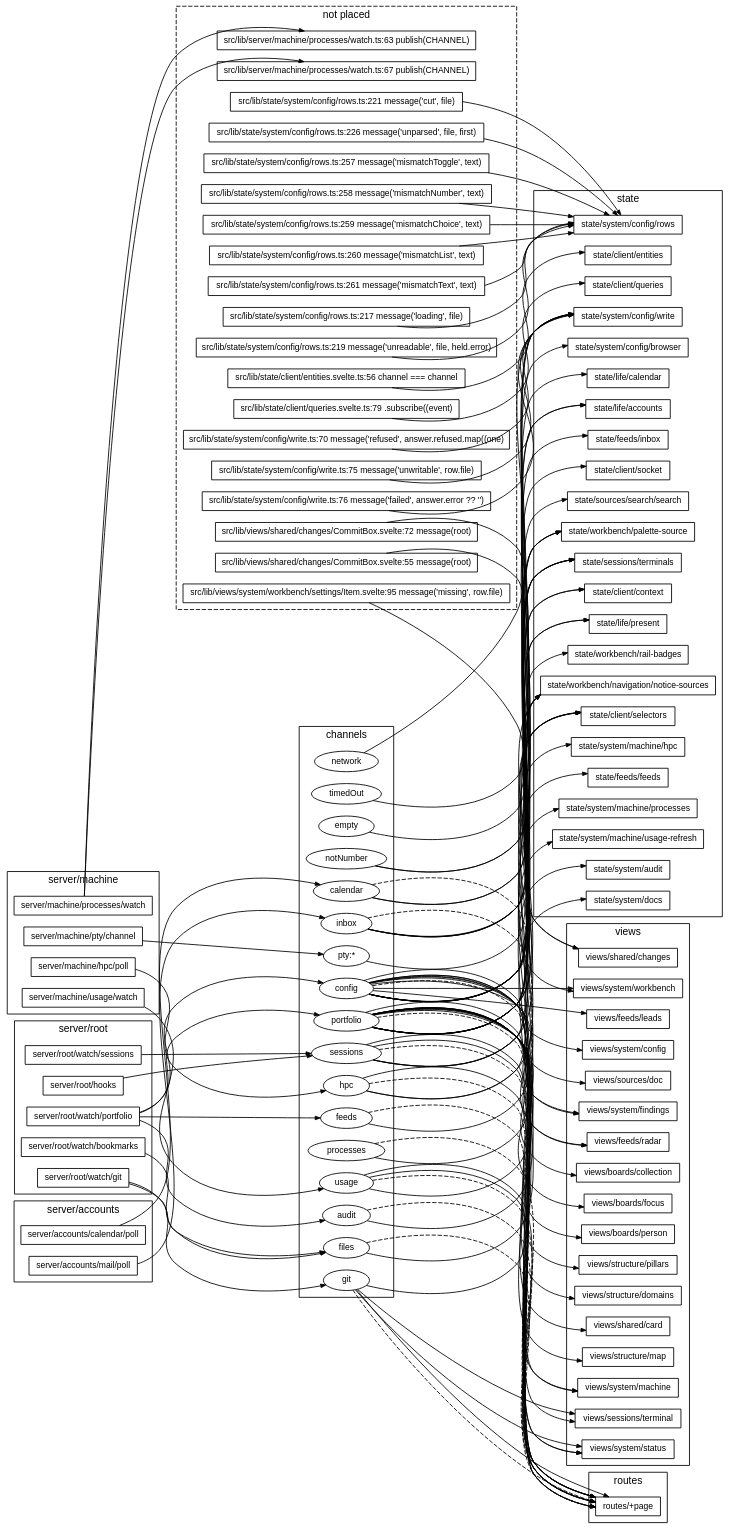
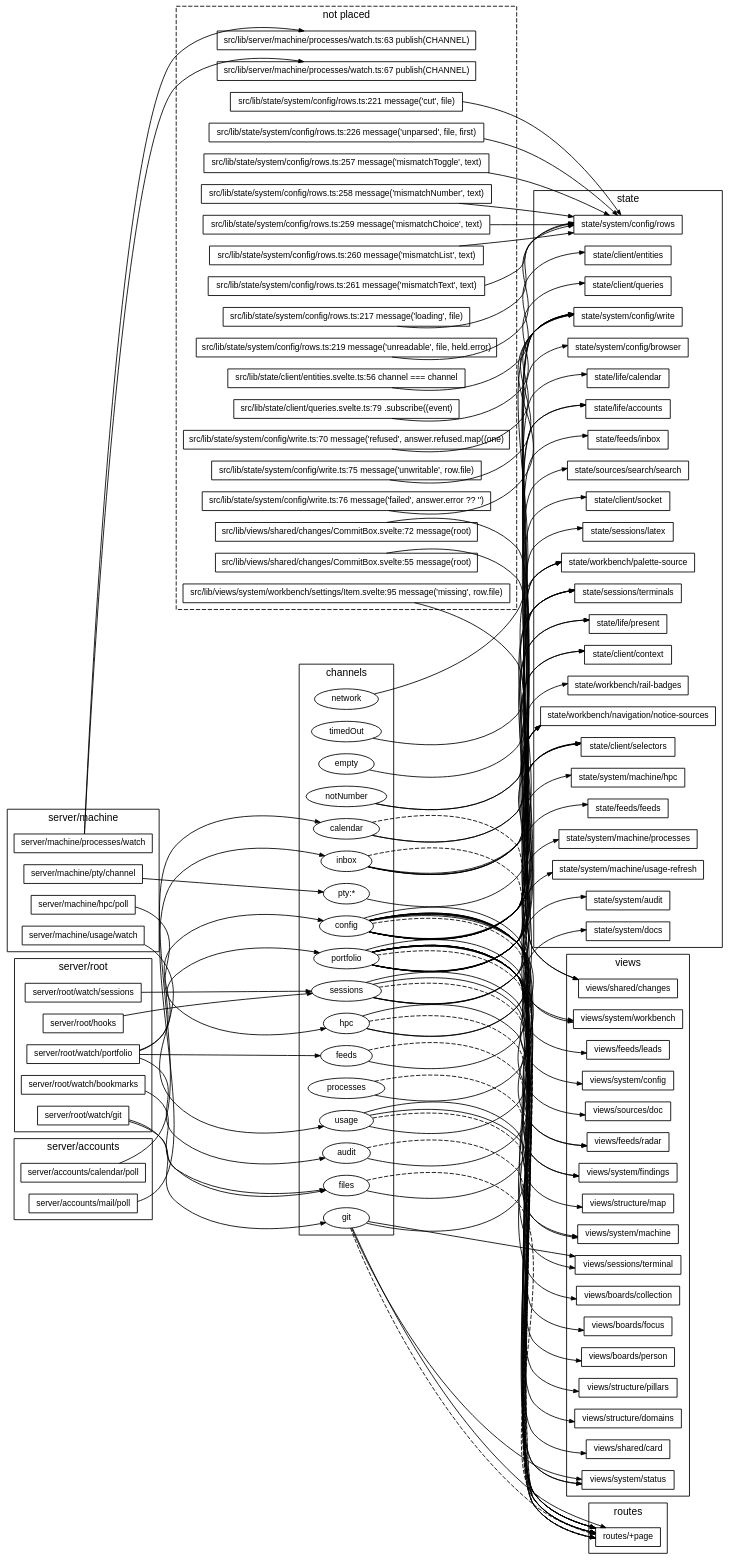
The diagram in docs/diagrams/channels.dot (TheAxeC/oculus), drawn with Graphviz before and after one commit. The commit also changed 100 other files, not shown here.

```diff
--- a/docs/diagrams/channels.dot
+++ b/docs/diagrams/channels.dot
@@ -76,6 +76,7 @@
         "state/life/accounts";
         "state/life/calendar";
         "state/life/present";
+        "state/sessions/latex";
         "state/sessions/terminals";
         "state/sources/search/search";
         "state/system/audit";
@@ -142,6 +143,7 @@
     "ch config" -> "state/client/selectors";
     "ch config" -> "state/client/socket";
     "ch config" -> "state/life/present";
+    "ch config" -> "state/sessions/latex";
     "ch config" -> "state/sessions/terminals";
     "ch config" -> "state/sources/search/search";
     "ch config" -> "state/workbench/palette-source";
```
